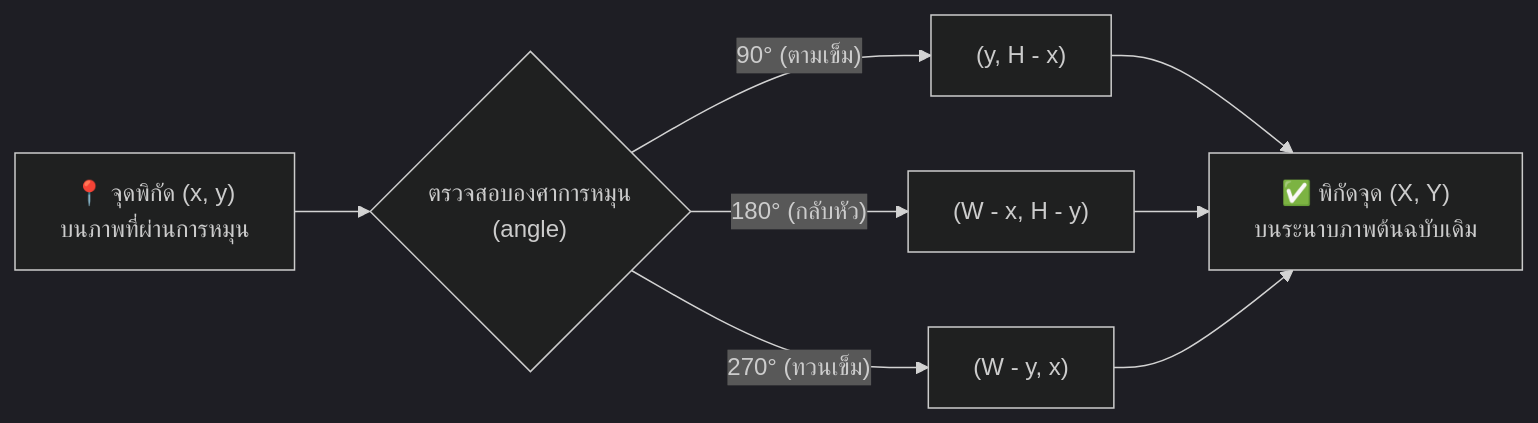
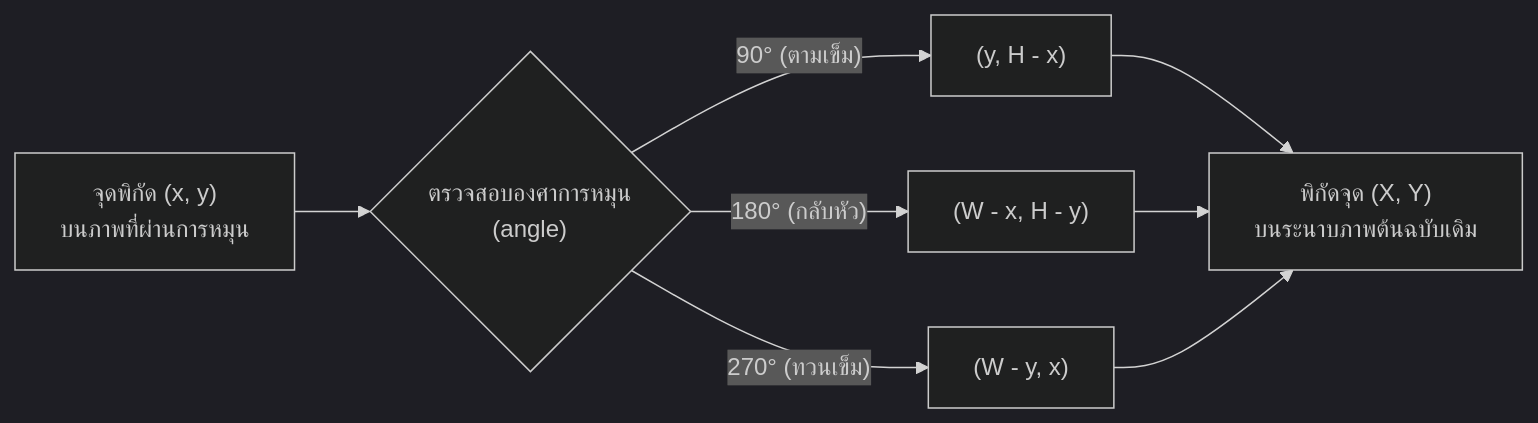
The eighth of 17 diagrams in TUTORIAL.md (jirathxz/meter-reader), drawn with Mermaid (dark theme) before and after one commit. The commit also changed other lines of this file and 1 other file, not shown here.

Commit message:
style(docs): remove all emojis across documentation and mermaid diagrams

````diff
--- a/TUTORIAL.md
+++ b/TUTORIAL.md
@@ -748,10 +748,10 @@
 ```mermaid
 flowchart LR
-  P["📍 จุดพิกัด (x, y)<br/>บนภาพที่ผ่านการหมุน"] --> SW{"ตรวจสอบองศาการหมุน<br/>(angle)"}
+  P["จุดพิกัด (x, y)<br/>บนภาพที่ผ่านการหมุน"] --> SW{"ตรวจสอบองศาการหมุน<br/>(angle)"}
   SW -->|"90° (ตามเข็ม)"| R90["(y, H - x)"]
   SW -->|"180° (กลับหัว)"| R180["(W - x, H - y)"]
   SW -->|"270° (ทวนเข็ม)"| R270["(W - y, x)"]
-  R90 --> OUT["✅ พิกัดจุด (X, Y)<br/>บนระนาบภาพต้นฉบับเดิม"]
+  R90 --> OUT["พิกัดจุด (X, Y)<br/>บนระนาบภาพต้นฉบับเดิม"]
   R180 --> OUT
   R270 --> OUT
 ```
````
